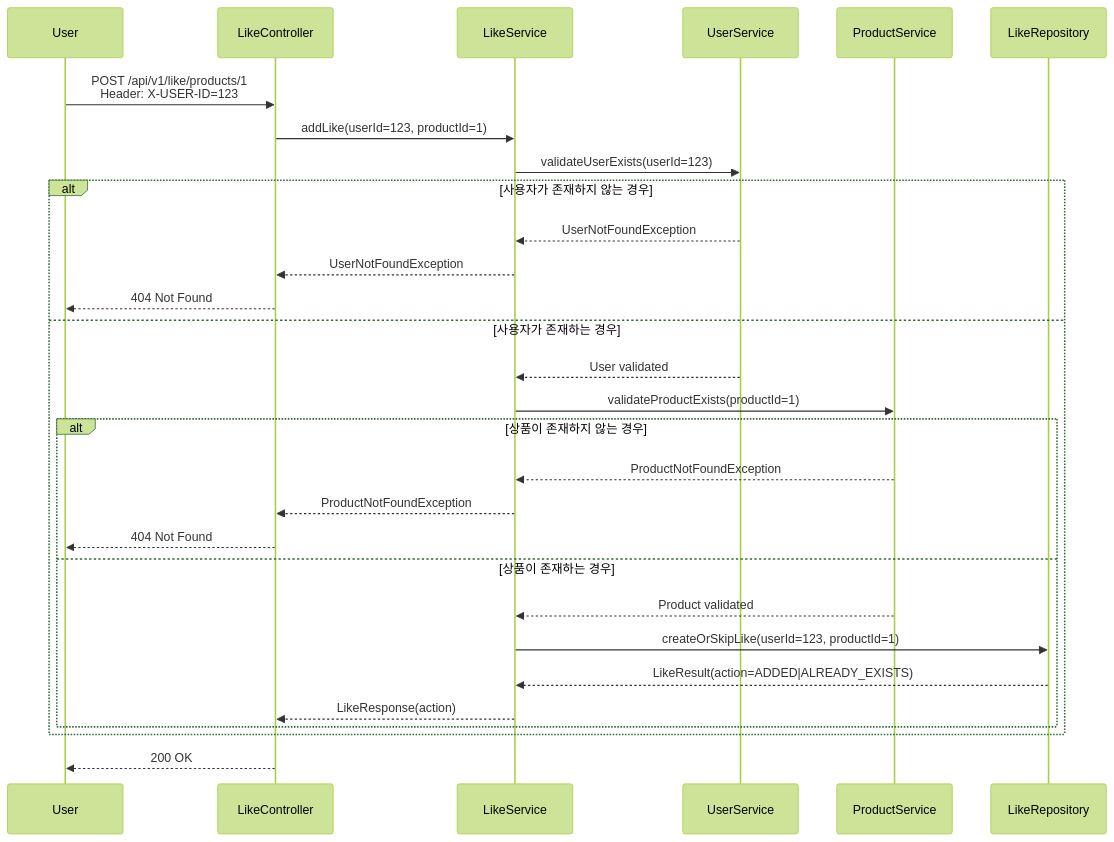
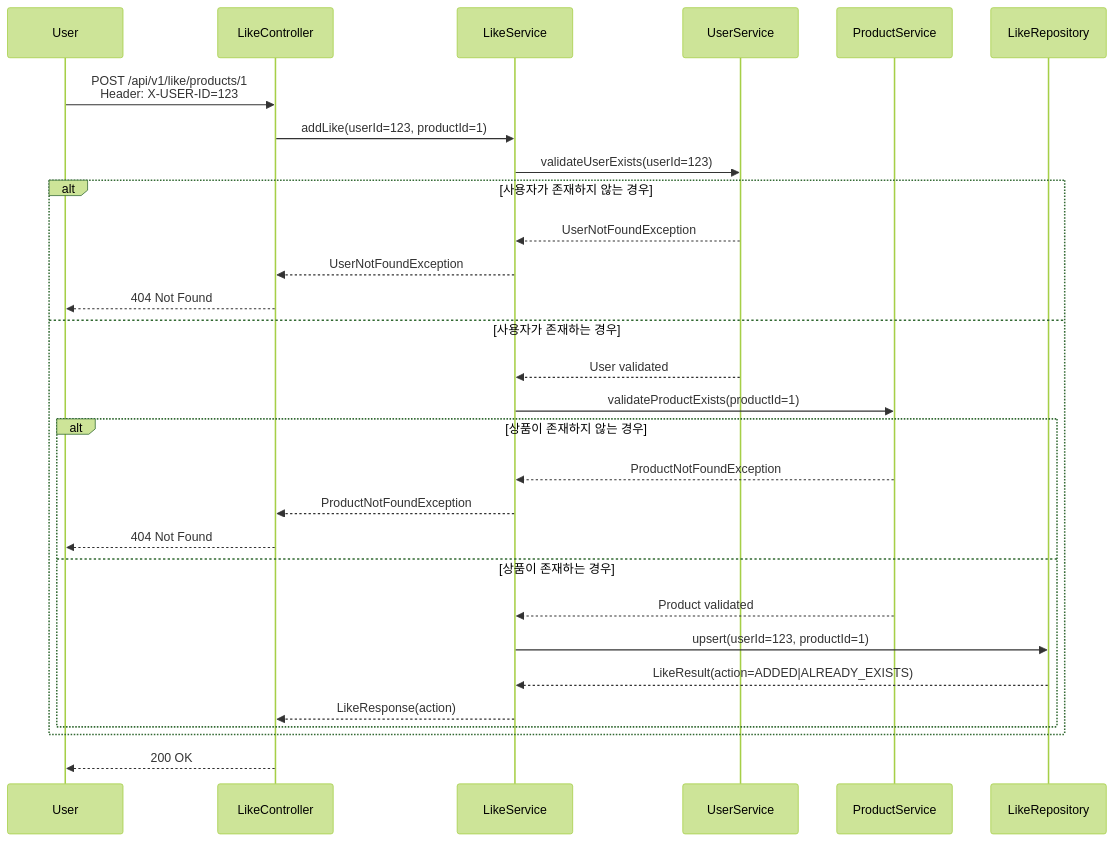
The fifth of 10 diagrams in docs/week2/02-sequence-diagrams.md (hyujikoh/loopers-spring-java-template), drawn with Mermaid (forest theme) before and after one commit. The commit also changed 1 other file, not shown here.

Commit message:
docs: ERD 문서 추가
이커머스 서비스의 데이터베이스 ERD를 추가하여
데이터 구조와 관계를 명확히 설명

````diff
--- a/docs/week2/02-sequence-diagrams.md
+++ b/docs/week2/02-sequence-diagrams.md
@@ -115,34 +115,34 @@
 ```mermaid
 sequenceDiagram
     participant User
     participant LikeController
     participant LikeService
     participant UserService
     participant ProductService
     participant LikeRepository
 
     User->>LikeController: POST /api/v1/like/products/1<br/>Header: X-USER-ID=123
     LikeController->>LikeService: addLike(userId=123, productId=1)
     
     LikeService->>UserService: validateUserExists(userId=123)
     alt 사용자가 존재하지 않는 경우
         UserService-->>LikeService: UserNotFoundException
         LikeService-->>LikeController: UserNotFoundException
         LikeController-->>User: 404 Not Found
     else 사용자가 존재하는 경우
         UserService-->>LikeService: User validated
         LikeService->>ProductService: validateProductExists(productId=1)
         alt 상품이 존재하지 않는 경우
             ProductService-->>LikeService: ProductNotFoundException
             LikeService-->>LikeController: ProductNotFoundException
             LikeController-->>User: 404 Not Found
         else 상품이 존재하는 경우
             ProductService-->>LikeService: Product validated
-            LikeService->>LikeRepository: createOrSkipLike(userId=123, productId=1)
+            LikeService->>LikeRepository: upsert(userId=123, productId=1)
             LikeRepository-->>LikeService: LikeResult(action=ADDED|ALREADY_EXISTS)
             LikeService-->>LikeController: LikeResponse(action)
         end
     end
     
     LikeController-->>User: 200 OK
 ```
````
